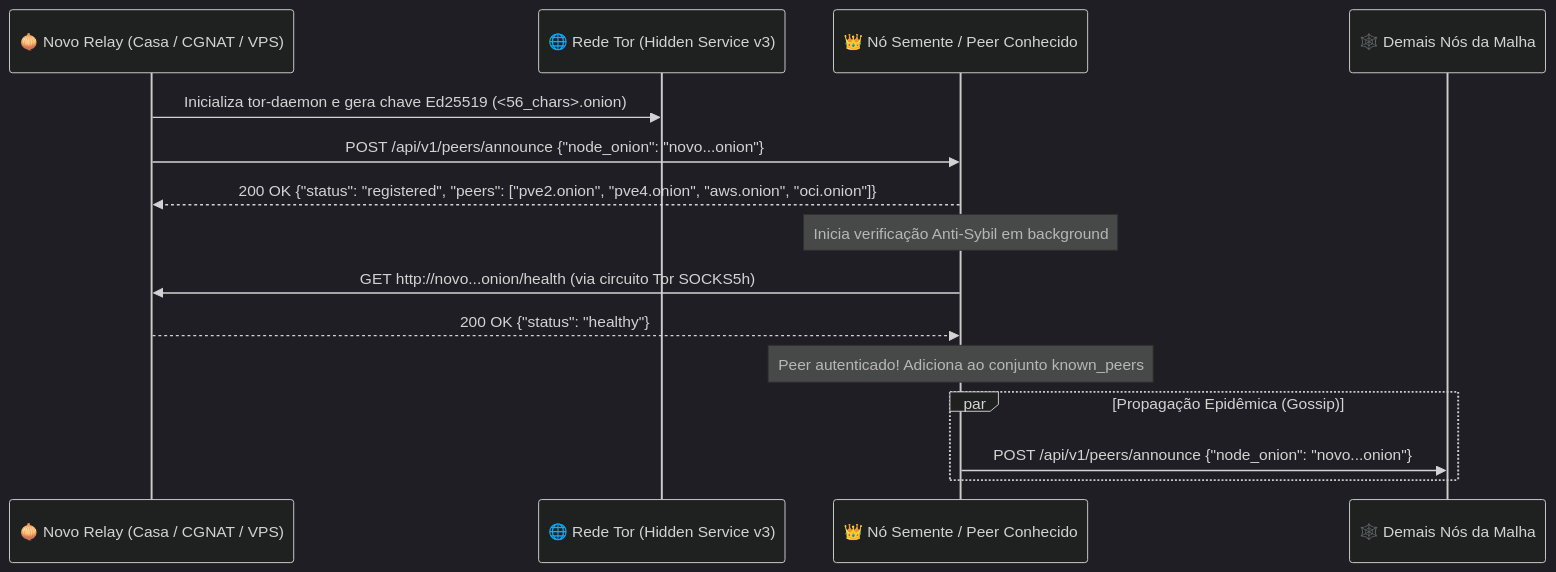
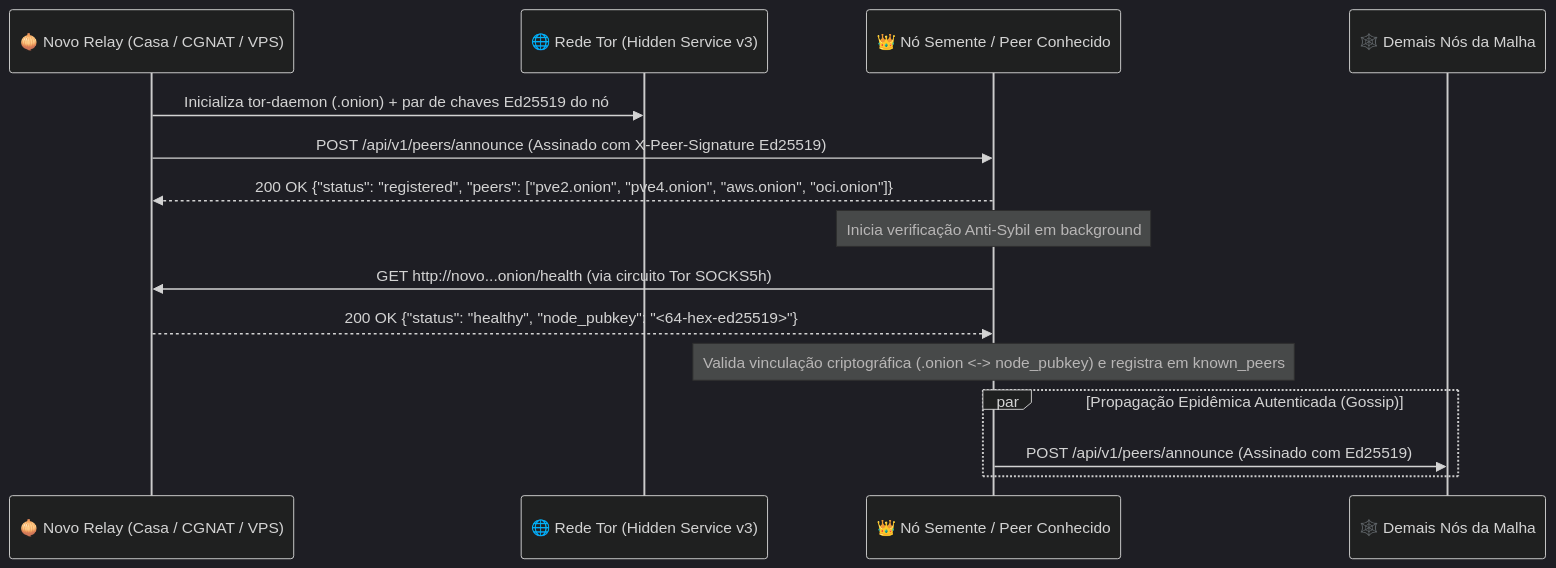
One commit to onion-talk/oniontalk-protocol changed the first of 2 diagrams in MANIFESTO.md. Above: the diagram before and after it, drawn with Mermaid (dark theme). The commit also changed other lines of this file and 1 other file, not shown here.

Commit message:
security: remediate audit findings (X25519+ChaCha20-Poly1305+Ed25519 v2, inbox/peer auth, ACK lock, quotas & docs)

````diff
--- a/MANIFESTO.md
+++ b/MANIFESTO.md
@@ -36,18 +36,18 @@
 ```mermaid
 sequenceDiagram
     participant NewNode as 🧅 Novo Relay (Casa / CGNAT / VPS)
     participant Tor as 🌐 Rede Tor (Hidden Service v3)
     participant Seed as 👑 Nó Semente / Peer Conhecido
     participant Mesh as 🕸️ Demais Nós da Malha
 
-    NewNode->>Tor: Inicializa tor-daemon e gera chave Ed25519 (<56_chars>.onion)
-    NewNode->>Seed: POST /api/v1/peers/announce {"node_onion": "novo...onion"}
+    NewNode->>Tor: Inicializa tor-daemon (.onion) + par de chaves Ed25519 do nó
+    NewNode->>Seed: POST /api/v1/peers/announce (Assinado com X-Peer-Signature Ed25519)
     Seed-->>NewNode: 200 OK {"status": "registered", "peers": ["pve2.onion", "pve4.onion", "aws.onion", "oci.onion"]}
     Note over Seed: Inicia verificação Anti-Sybil em background
     Seed->>NewNode: GET http://novo...onion/health (via circuito Tor SOCKS5h)
-    NewNode-->>Seed: 200 OK {"status": "healthy"}
-    Note over Seed: Peer autenticado! Adiciona ao conjunto known_peers
-    par Propagação Epidêmica (Gossip)
-        Seed->>Mesh: POST /api/v1/peers/announce {"node_onion": "novo...onion"}
+    NewNode-->>Seed: 200 OK {"status": "healthy", "node_pubkey": "<64-hex-ed25519>"}
+    Note over Seed: Valida vinculação criptográfica (.onion <-> node_pubkey) e registra em known_peers
+    par Propagação Epidêmica Autenticada (Gossip)
+        Seed->>Mesh: POST /api/v1/peers/announce (Assinado com Ed25519)
     end
 ```
````
